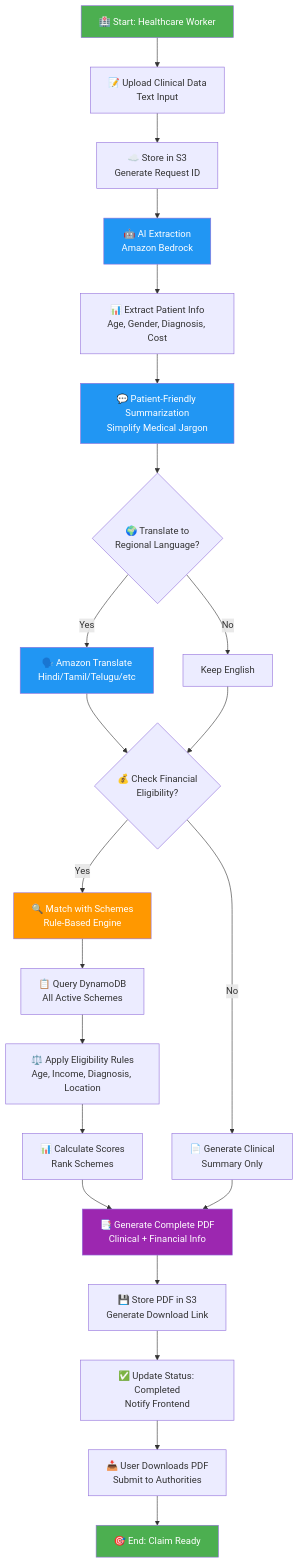
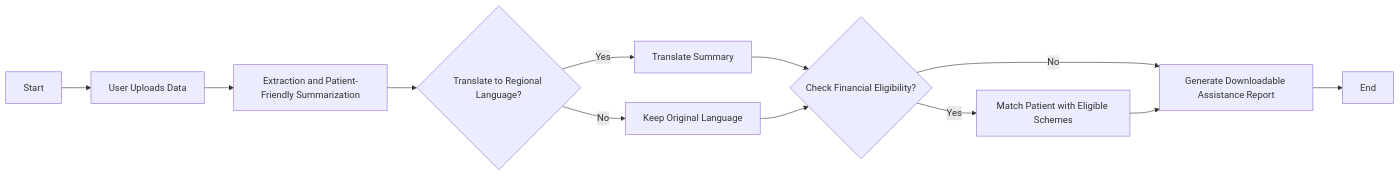
One commit to eds-kunal/gramin-genie changed the second of 2 diagrams in design.md. Above: the diagram before and after it, drawn with Mermaid. The commit also changed other lines of this file, not shown here.

````diff
--- a/design.md
+++ b/design.md
@@ -127,48 +98,14 @@
 ```mermaid
-flowchart TD
-    A[🏥 Start: Healthcare Worker] --> B[📝 Upload Clinical Data<br/>Text Input]
-    
-    B --> C[☁️ Store in S3<br/>Generate Request ID]
-    
-    C --> D[🤖 AI Extraction<br/>Amazon Bedrock]
-    
-    D --> E[📊 Extract Patient Info<br/>Age, Gender, Diagnosis, Cost]
-    
-    E --> F[💬 Patient-Friendly Summarization<br/>Simplify Medical Jargon]
-    
-    F --> G{🌍 Translate to<br/>Regional Language?}
-    
-    G -->|Yes| H[🗣️ Amazon Translate<br/>Hindi/Tamil/Telugu/etc]
-    G -->|No| I[Keep English]
-    
-    H --> J{💰 Check Financial<br/>Eligibility?}
-    I --> J
-    
-    J -->|Yes| K[🔍 Match with Schemes<br/>Rule-Based Engine]
-    J -->|No| L[📄 Generate Clinical<br/>Summary Only]
-    
-    K --> M[📋 Query DynamoDB<br/>All Active Schemes]
-    
-    M --> N[⚖️ Apply Eligibility Rules<br/>Age, Income, Diagnosis, Location]
-    
-    N --> O[📊 Calculate Scores<br/>Rank Schemes]
-    
-    O --> P[📑 Generate Complete PDF<br/>Clinical + Financial Info]
-    L --> P
-    
-    P --> Q[💾 Store PDF in S3<br/>Generate Download Link]
-    
-    Q --> R[✅ Update Status: Completed<br/>Notify Frontend]
-    
-    R --> S[📥 User Downloads PDF<br/>Submit to Authorities]
-    
-    S --> T[🎯 End: Claim Ready]
-    
-    style A fill:#4CAF50,color:#fff
-    style D fill:#2196F3,color:#fff
-    style F fill:#2196F3,color:#fff
-    style H fill:#2196F3,color:#fff
-    style K fill:#FF9800,color:#fff
-    style P fill:#9C27B0,color:#fff
-    style T fill:#4CAF50,color:#fff
+flowchart LR
+    A[Start] --> B[User Uploads Data]
+    B --> D[Extraction and Patient-Friendly Summarization]
+    D --> E{Translate to Regional Language?}
+    E -- Yes --> F[Translate Summary]
+    E -- No --> G[Keep Original Language]
+    F --> H{Check Financial Eligibility?}
+    G --> H
+    H -- Yes --> I[Match Patient with Eligible Schemes]
+    H -- No --> J[Generate Clinical Summary Report]
+    I --> J[Generate Downloadable Assistance Report]
+    J --> M[End]
 ```
````
